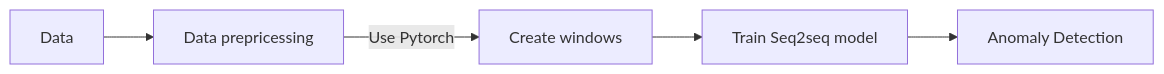
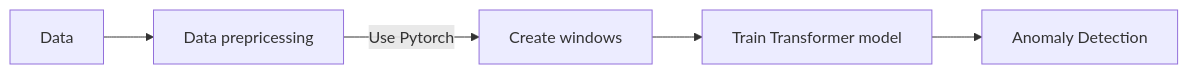
The diagram in Transformer/README.md (weiwu-o/Master-thesis-project), drawn with Mermaid before and after one commit.

````diff
--- a/Transformer/README.md
+++ b/Transformer/README.md
@@ -1,10 +1,8 @@
 ```mermaid
 graph LR
    A[Data] --> B[Data prepricessing]
 
-   
-   B -- Use Pytorch -->E[Create windows]
-   E -->EE[Train Seq2seq model]
-   EE --> EEE[Anomaly Detection]
-
+   B -- Use Pytorch-->F[Create windows]
+   F -->FF[Train Transformer model]
+   FF --> FFF[Anomaly Detection]
 ``` 
````
